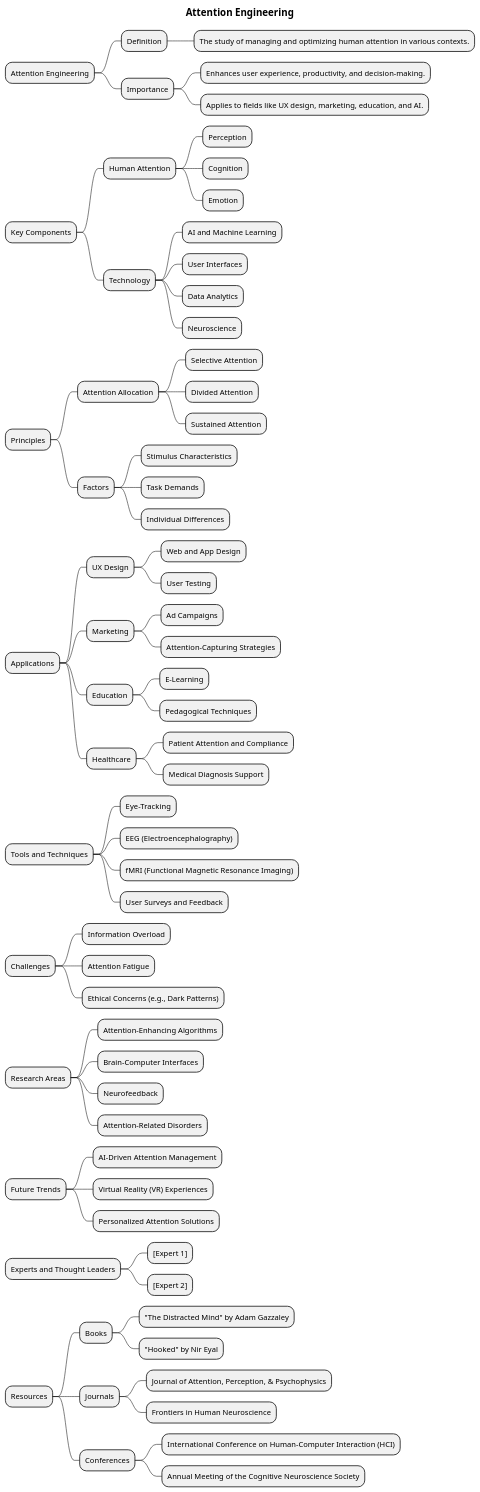
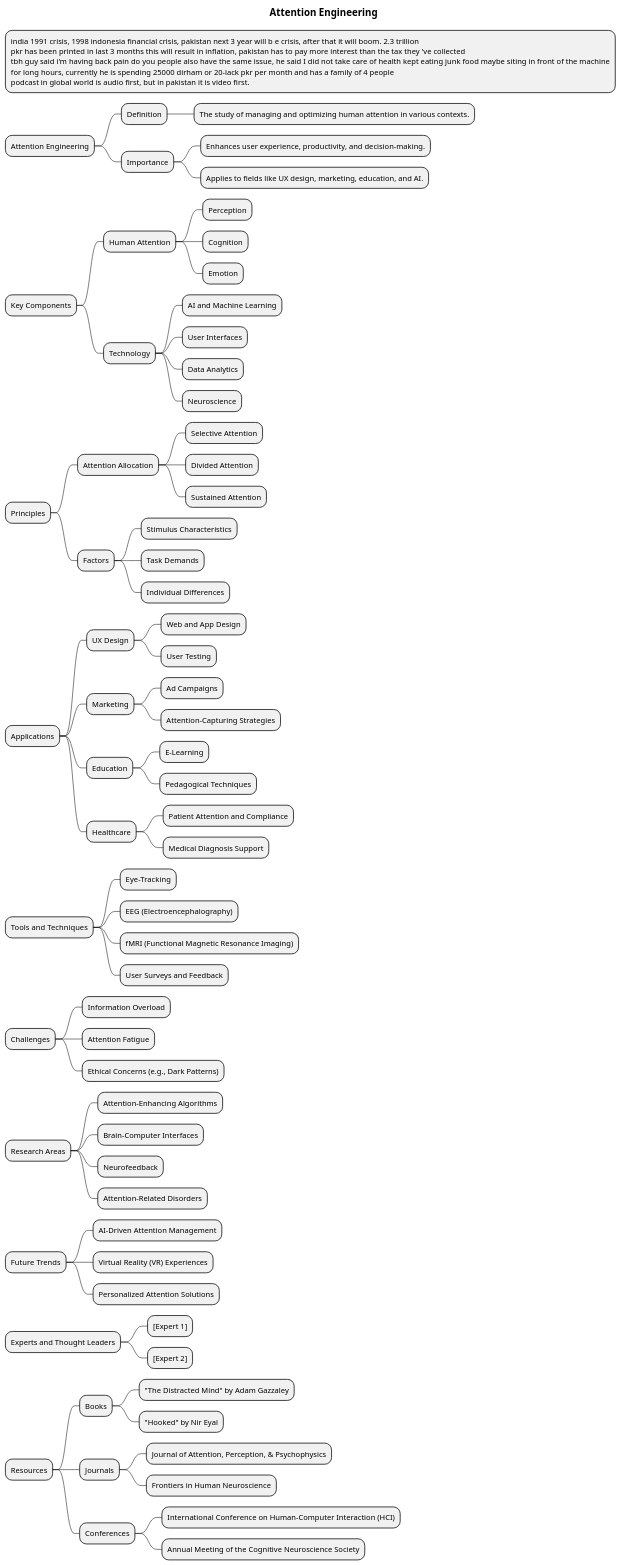
One commit to MehmoodHashmi/Documentation-as-Code-DaC changed the diagram in docs/AI-ML- DL-Data-Science-and-BigData/social-media/Attention-Engineering.puml. Above: the diagram before and after it, drawn with PlantUML. The commit also changed 1 other file, not shown here.

```diff
--- a/docs/AI-ML- DL-Data-Science-and-BigData/social-media/Attention-Engineering.puml
+++ b/docs/AI-ML- DL-Data-Science-and-BigData/social-media/Attention-Engineering.puml
@@ -1,83 +1,88 @@
 @startmindmap
 title =Attention Engineering
+*:india 1991 crisis, 1998 indonesia financial crisis, pakistan next 3 year will b e crisis, after that it will boom. 2.3 trillion
+pkr has been printed in last 3 months this will result in inflation, pakistan has to pay more interest than the tax they 've collected
+tbh guy said i'm having back pain do you people also have the same issue, he said I did not take care of health kept eating junk food maybe siting in front of the machine
+for long hours, currently he is spending 25000 dirham or 20-lack pkr per month and has a family of 4 people
+podcast in global world is audio first, but in pakistan it is video first.;
 
 * Attention Engineering
 ** Definition
 *** The study of managing and optimizing human attention in various contexts.
 ** Importance
 *** Enhances user experience, productivity, and decision-making.
 *** Applies to fields like UX design, marketing, education, and AI.
 
 * Key Components
 ** Human Attention
 *** Perception
 *** Cognition
 *** Emotion
 ** Technology
 *** AI and Machine Learning
 *** User Interfaces
 *** Data Analytics
 *** Neuroscience
 
 * Principles
 ** Attention Allocation
 *** Selective Attention
 *** Divided Attention
 *** Sustained Attention
 ** Factors
 *** Stimulus Characteristics
 *** Task Demands
 *** Individual Differences
 
 * Applications
 ** UX Design
 *** Web and App Design
 *** User Testing
 ** Marketing
 *** Ad Campaigns
 *** Attention-Capturing Strategies
 ** Education
 *** E-Learning
 *** Pedagogical Techniques
 ** Healthcare
 *** Patient Attention and Compliance
 *** Medical Diagnosis Support
 
 * Tools and Techniques
 ** Eye-Tracking
 ** EEG (Electroencephalography)
 ** fMRI (Functional Magnetic Resonance Imaging)
 ** User Surveys and Feedback
 
 * Challenges
 ** Information Overload
 ** Attention Fatigue
 ** Ethical Concerns (e.g., Dark Patterns)
 
 * Research Areas
 ** Attention-Enhancing Algorithms
 ** Brain-Computer Interfaces
 ** Neurofeedback
 ** Attention-Related Disorders
 
 * Future Trends
 ** AI-Driven Attention Management
 ** Virtual Reality (VR) Experiences
 ** Personalized Attention Solutions
 
 * Experts and Thought Leaders
 ** [Expert 1]
 ** [Expert 2]
 
 * Resources
 ** Books
 *** "The Distracted Mind" by Adam Gazzaley
 *** "Hooked" by Nir Eyal
 ** Journals
 *** Journal of Attention, Perception, & Psychophysics
 *** Frontiers in Human Neuroscience
 ** Conferences
 *** International Conference on Human-Computer Interaction (HCI)
 *** Annual Meeting of the Cognitive Neuroscience Society
 
 @endmindmap
```
